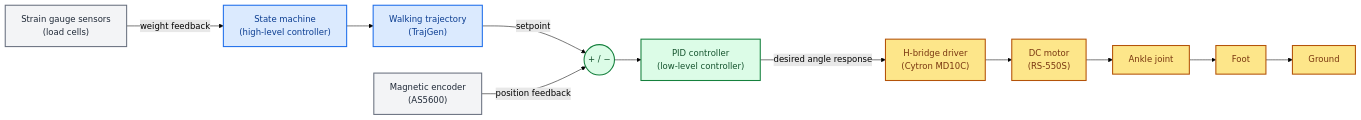
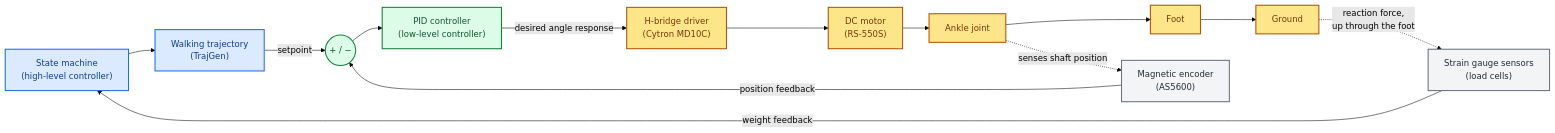
One commit to Tawakoll/active-ankle-prosthesis changed the first of 2 diagrams in README.md. Above: the diagram before and after it, drawn with Mermaid (forest theme). The commit also changed other lines of this file and 3 other files, not shown here.

````diff
--- a/README.md
+++ b/README.md
@@ -42,19 +42,22 @@
 ```mermaid
 flowchart LR
     classDef hi fill:#dbeafe,stroke:#1f6feb,stroke-width:2px,color:#0b3d91
     classDef lo fill:#dcfce7,stroke:#15803d,stroke-width:2px,color:#14532d
     classDef drive fill:#fde68a,stroke:#b45309,stroke-width:2px,color:#78350f
     classDef fb fill:#f3f4f6,stroke:#6b7280,stroke-width:2px,color:#1f2937
 
     SM["State machine<br/>(high-level controller)"]:::hi --> WT["Walking trajectory<br/>(TrajGen)"]:::hi
     WT -->|setpoint| SUM((" + / − ")):::lo
     SUM --> PID["PID controller<br/>(low-level controller)"]:::lo
     PID -->|desired angle response| DRV["H-bridge driver<br/>(Cytron MD10C)"]:::drive
     DRV --> MOT["DC motor<br/>(RS-550S)"]:::drive
     MOT --> JOINT[Ankle joint]:::drive
     JOINT --> FOOT[Foot]:::drive
     FOOT --> GND[Ground]:::drive
 
-    ENC["Magnetic encoder<br/>(AS5600)"]:::fb -->|position feedback| SUM
-    SG["Strain gauge sensors<br/>(load cells)"]:::fb -->|weight feedback| SM
+    JOINT -.->|senses shaft position| ENC["Magnetic encoder<br/>(AS5600)"]:::fb
+    ENC -->|position feedback| SUM
+
+    GND -.->|reaction force,<br/>up through the foot| SG["Strain gauge sensors<br/>(load cells)"]:::fb
+    SG -->|weight feedback| SM
 ```
````
